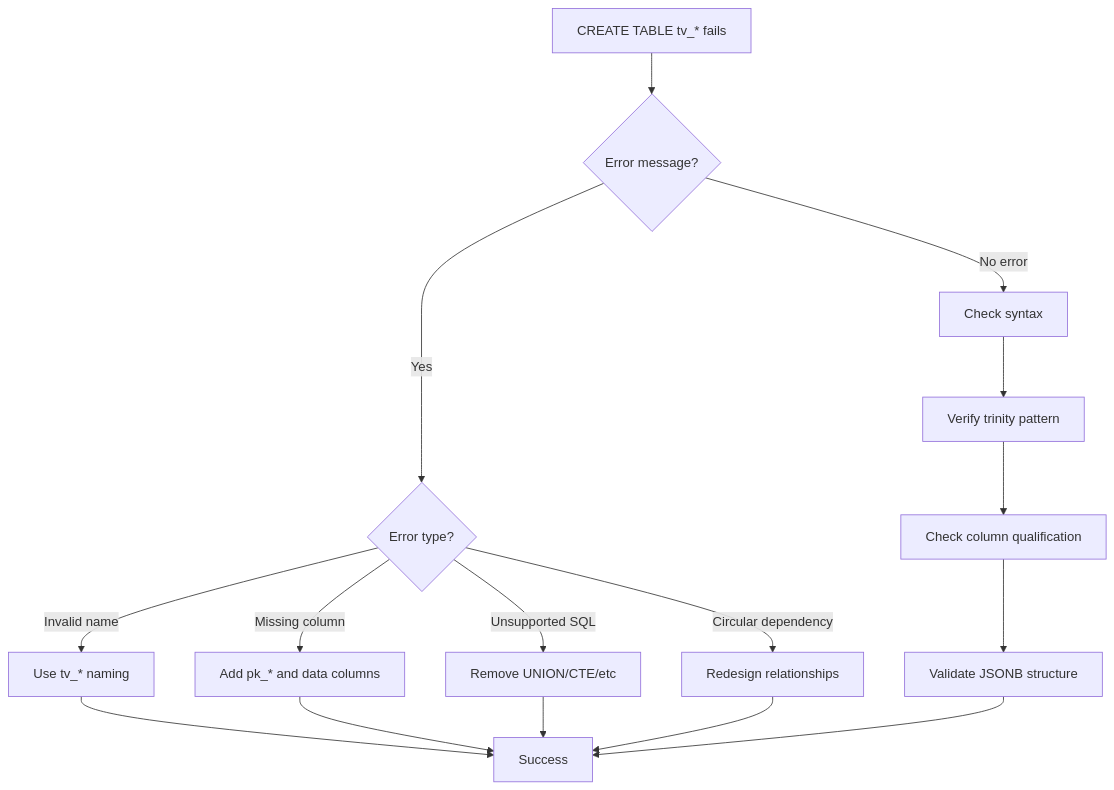
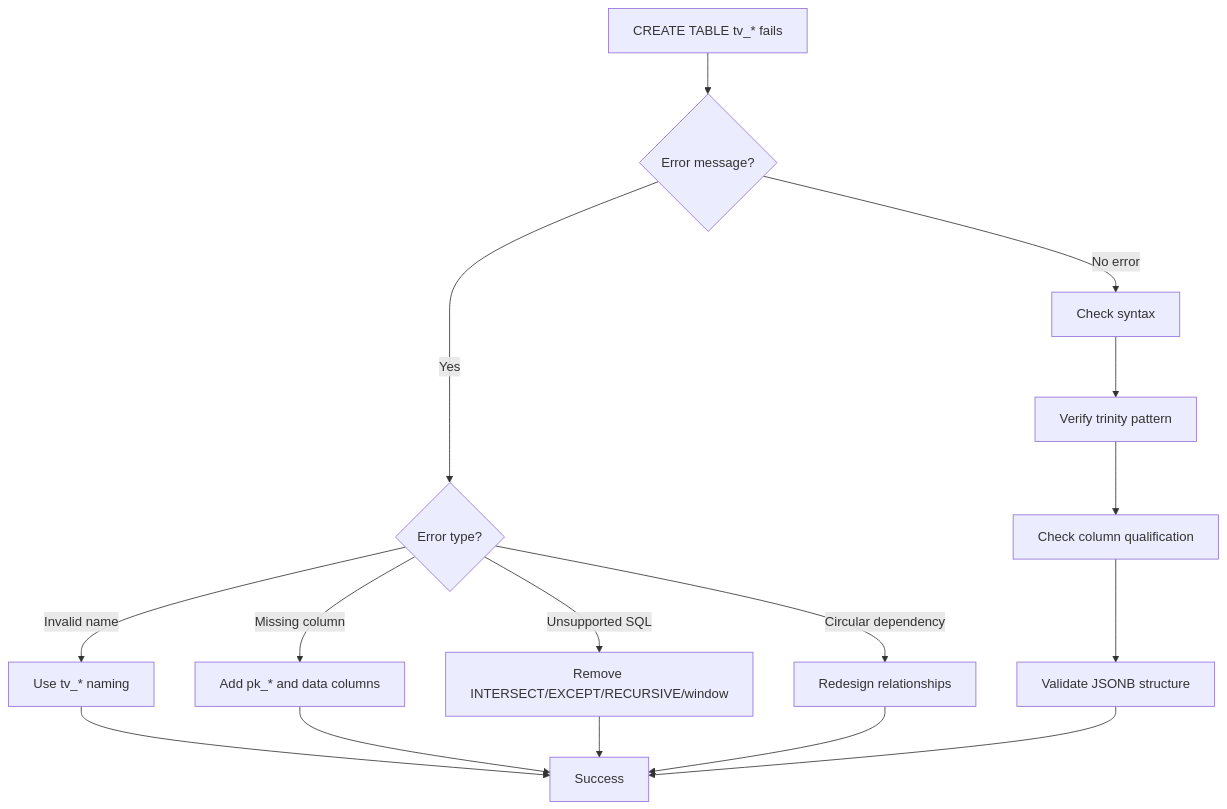
One commit to evoludigit/velocitybench changed the first of 5 diagrams in database/pg_tviews/docs/operations/troubleshooting.md. Above: the diagram before and after it, drawn with Mermaid. The commit also changed other lines of this file and 262 other files, not shown here.

````diff
--- a/database/pg_tviews/docs/operations/troubleshooting.md
+++ b/database/pg_tviews/docs/operations/troubleshooting.md
@@ -663,21 +666,21 @@
 ```mermaid
 flowchart TD
     A[CREATE TABLE tv_* fails] --> B{Error message?}
     B -->|No error| C[Check syntax]
     B -->|Yes| D{Error type?}
 
     C --> E[Verify trinity pattern]
     E --> F[Check column qualification]
     F --> G[Validate JSONB structure]
 
     D -->|Invalid name| H[Use tv_* naming]
     D -->|Missing column| I[Add pk_* and data columns]
-    D -->|Unsupported SQL| J[Remove UNION/CTE/etc]
+    D -->|Unsupported SQL| J[Remove INTERSECT/EXCEPT/RECURSIVE/window]
     D -->|Circular dependency| K[Redesign relationships]
 
     H --> L[Success]
     I --> L
     J --> L
     K --> L
     G --> L
 ```
````
